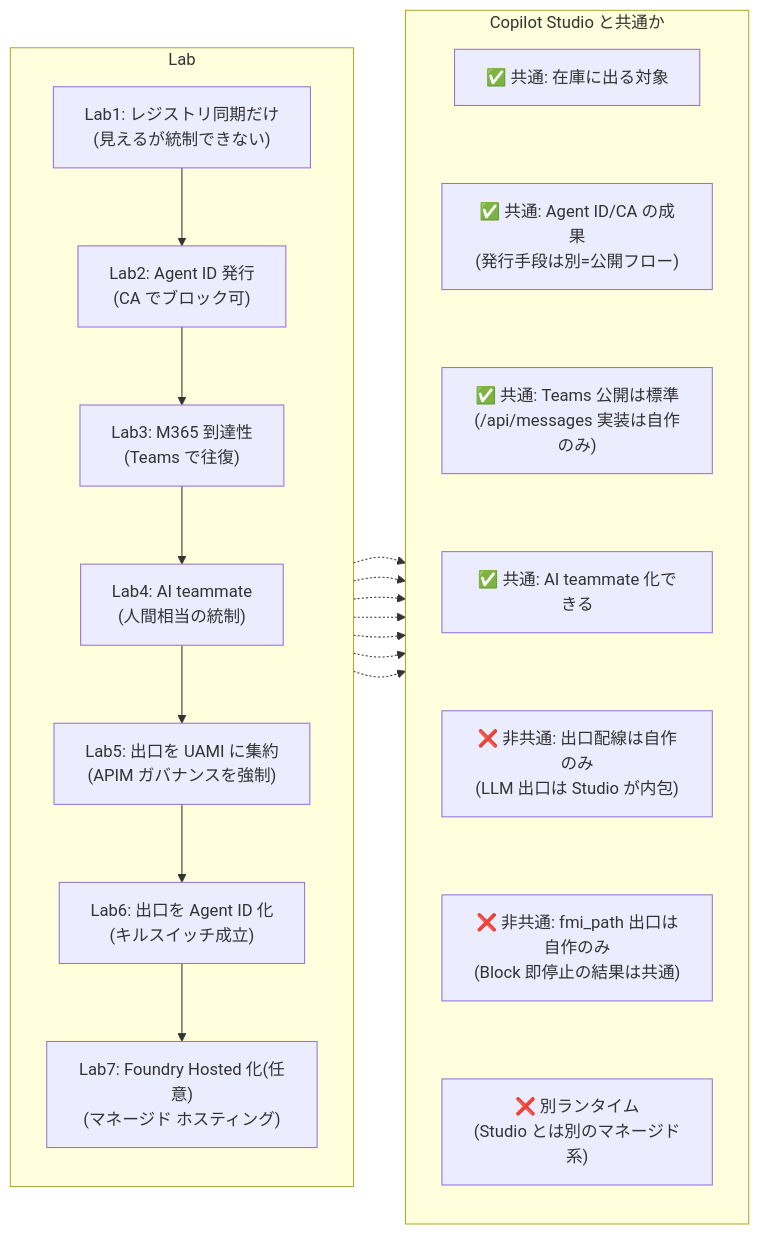
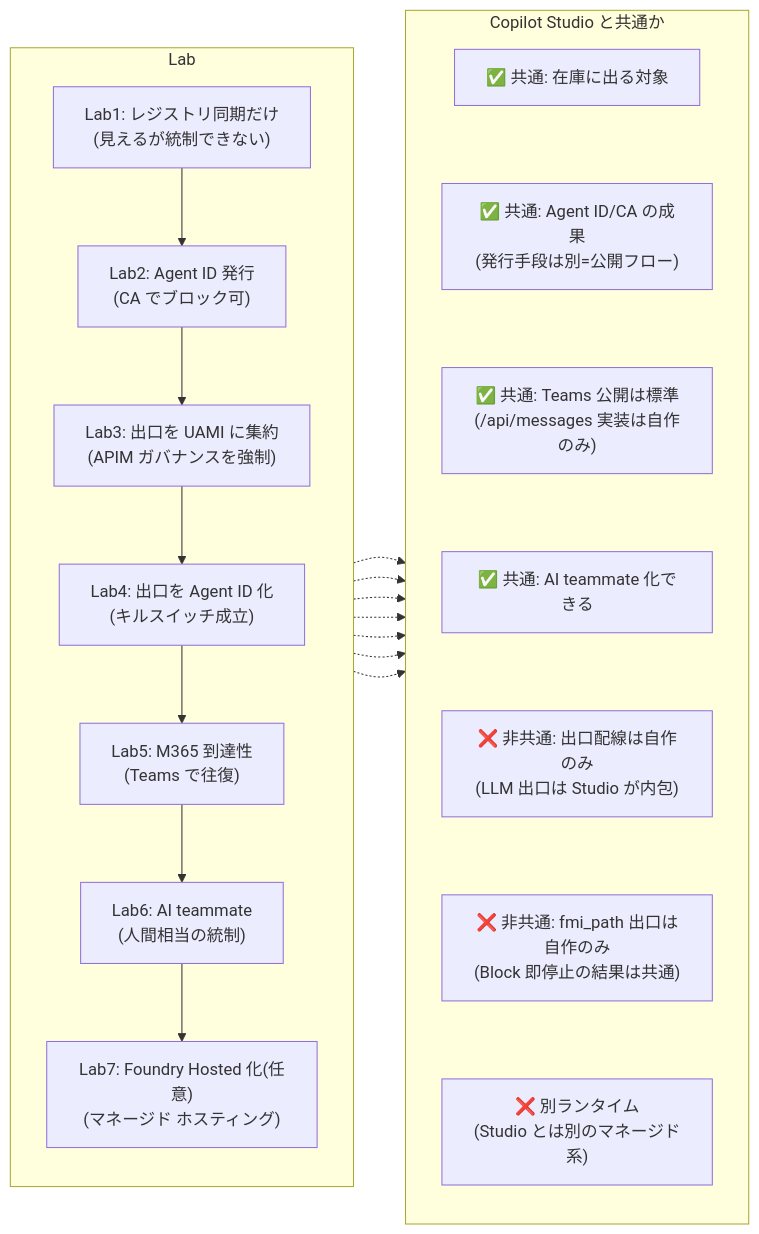
The diagram in Handson/README.md (ketana0224/Agent365-Onboarding), drawn with Mermaid before and after one commit. The commit also changed other lines of this file and 51 other files, not shown here.

Commit message:
Handson: ラボ順を再編（Lab3=出口UAMI/APIM, Lab4=キルスイッチ, Lab5=Teams, Lab6=teammate）。lab3↔lab5/lab4↔lab6をgit mvし全参照を追従

````diff
--- a/Handson/README.md
+++ b/Handson/README.md
@@ -45,32 +45,32 @@
 ```mermaid
 flowchart LR
     subgraph S1["Lab"]
         direction TB
         Lab1["Lab1: レジストリ同期だけ<br/>(見えるが統制できない)"]
         Lab2["Lab2: Agent ID 発行<br/>(CA でブロック可)"]
-        Lab3["Lab3: M365 到達性<br/>(Teams で往復)"]
-        Lab4["Lab4: AI teammate<br/>(人間相当の統制)"]
-        Lab5["Lab5: 出口を UAMI に集約<br/>(APIM ガバナンスを強制)"]
-        Lab6["Lab6: 出口を Agent ID 化<br/>(キルスイッチ成立)"]
+        Lab3["Lab3: 出口を UAMI に集約<br/>(APIM ガバナンスを強制)"]
+        Lab4["Lab4: 出口を Agent ID 化<br/>(キルスイッチ成立)"]
+        Lab5["Lab5: M365 到達性<br/>(Teams で往復)"]
+        Lab6["Lab6: AI teammate<br/>(人間相当の統制)"]
         Lab7["Lab7: Foundry Hosted 化(任意)<br/>(マネージド ホスティング)"]
         Lab1 --> Lab2 --> Lab3 --> Lab4 --> Lab5 --> Lab6 --> Lab7
     end
     subgraph S2["Copilot Studio と共通か"]
         direction TB
         C1["✅ 共通: 在庫に出る対象"]
         C2["✅ 共通: Agent ID/CA の成果<br/>(発行手段は別=公開フロー)"]
         C3["✅ 共通: Teams 公開は標準<br/>(/api/messages 実装は自作のみ)"]
         C4["✅ 共通: AI teammate 化できる"]
         C5["❌ 非共通: 出口配線は自作のみ<br/>(LLM 出口は Studio が内包)"]
         C6["❌ 非共通: fmi_path 出口は自作のみ<br/>(Block 即停止の結果は共通)"]
         C7["❌ 別ランタイム<br/>(Studio とは別のマネージド系)"]
         C1 ~~~ C2 ~~~ C3 ~~~ C4 ~~~ C5 ~~~ C6 ~~~ C7
     end
     Lab1 -.-> C1
     Lab2 -.-> C2
-    Lab3 -.-> C3
-    Lab4 -.-> C4
-    Lab5 -.-> C5
-    Lab6 -.-> C6
+    Lab3 -.-> C5
+    Lab4 -.-> C6
+    Lab5 -.-> C3
+    Lab6 -.-> C4
     Lab7 -.-> C7
 ```
````
